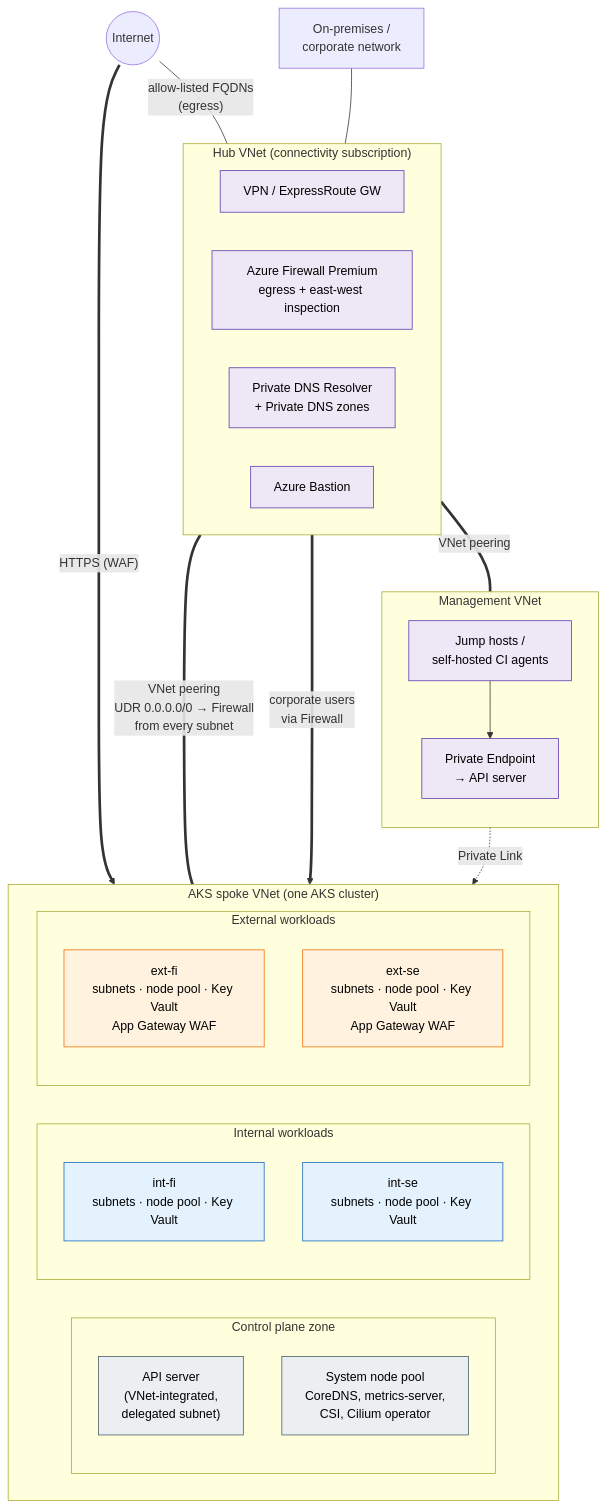
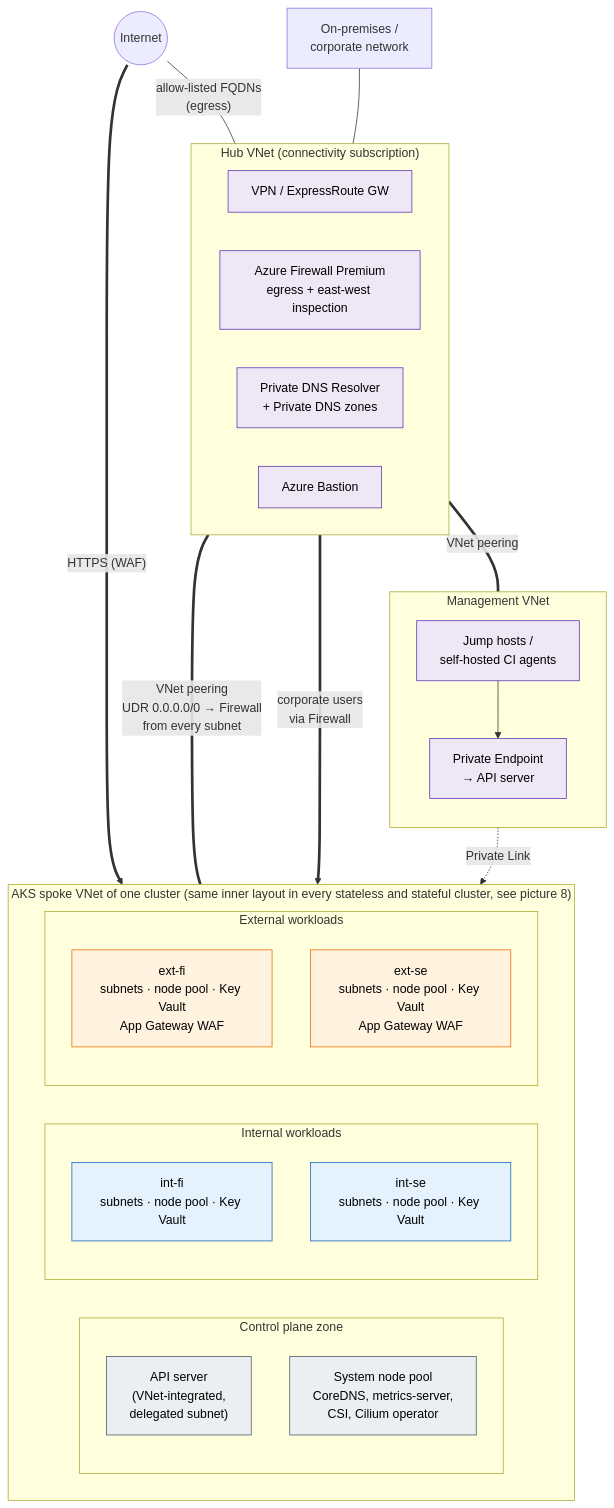
One commit to olljanat-ai/aks-design changed the diagram in diagrams/01-overview.mmd. Above: the diagram before and after it, drawn with Mermaid. The commit also changed 12 other files, not shown here.

First line of the commit message:
Add stateless/stateful cluster fleet, environments, Flux and upgrade design

```diff
--- a/diagrams/01-overview.mmd
+++ b/diagrams/01-overview.mmd
@@ -1,54 +1,54 @@
 %% High-level landing zone: hub, management network and the AKS spoke with isolation zones
 flowchart TB
     internet(("Internet"))
     onprem["On-premises /<br/>corporate network"]
 
     subgraph HUB["Hub VNet (connectivity subscription)"]
         direction LR
         gw["VPN / ExpressRoute GW"]
         fw["Azure Firewall Premium<br/>egress + east-west inspection"]
         dns["Private DNS Resolver<br/>+ Private DNS zones"]
         bastion["Azure Bastion"]
     end
 
     subgraph MGMT["Management VNet"]
         direction TB
         jump["Jump hosts /<br/>self-hosted CI agents"]
         pe_api["Private Endpoint<br/>→ API server"]
     end
 
-    subgraph SPOKE["AKS spoke VNet (one AKS cluster)"]
+    subgraph SPOKE["AKS spoke VNet of one cluster (same inner layout in every stateless and stateful cluster, see picture 8)"]
         direction LR
         subgraph CP["Control plane zone"]
             direction TB
             api["API server<br/>(VNet-integrated,<br/>delegated subnet)"]
             sys["System node pool<br/>CoreDNS, metrics-server,<br/>CSI, Cilium operator"]
         end
         subgraph INT["Internal workloads"]
             direction TB
             intfi["int-fi<br/>subnets · node pool · Key Vault"]
             intse["int-se<br/>subnets · node pool · Key Vault"]
         end
         subgraph EXT["External workloads"]
             direction TB
             extfi["ext-fi<br/>subnets · node pool · Key Vault<br/>App Gateway WAF"]
             extse["ext-se<br/>subnets · node pool · Key Vault<br/>App Gateway WAF"]
         end
     end
 
     onprem --- gw
     internet ---|"allow-listed FQDNs<br/>(egress)"| fw
     HUB ===|"VNet peering"| MGMT
     HUB ===|"VNet peering<br/>UDR 0.0.0.0/0 → Firewall<br/>from every subnet"| SPOKE
     jump --> pe_api -.->|"Private Link"| api
     internet ==>|"HTTPS (WAF)"| EXT
     fw ==>|"corporate users<br/>via Firewall"| INT
 
     classDef hub fill:#ede7f6,stroke:#5e35b1,color:#000
     classDef cp fill:#eceff1,stroke:#455a64,color:#000
     classDef int fill:#e3f2fd,stroke:#1565c0,color:#000
     classDef ext fill:#fff3e0,stroke:#ef6c00,color:#000
     class fw,dns,gw,bastion,jump,pe_api hub
     class api,sys cp
     class intfi,intse int
     class extfi,extse ext
```
